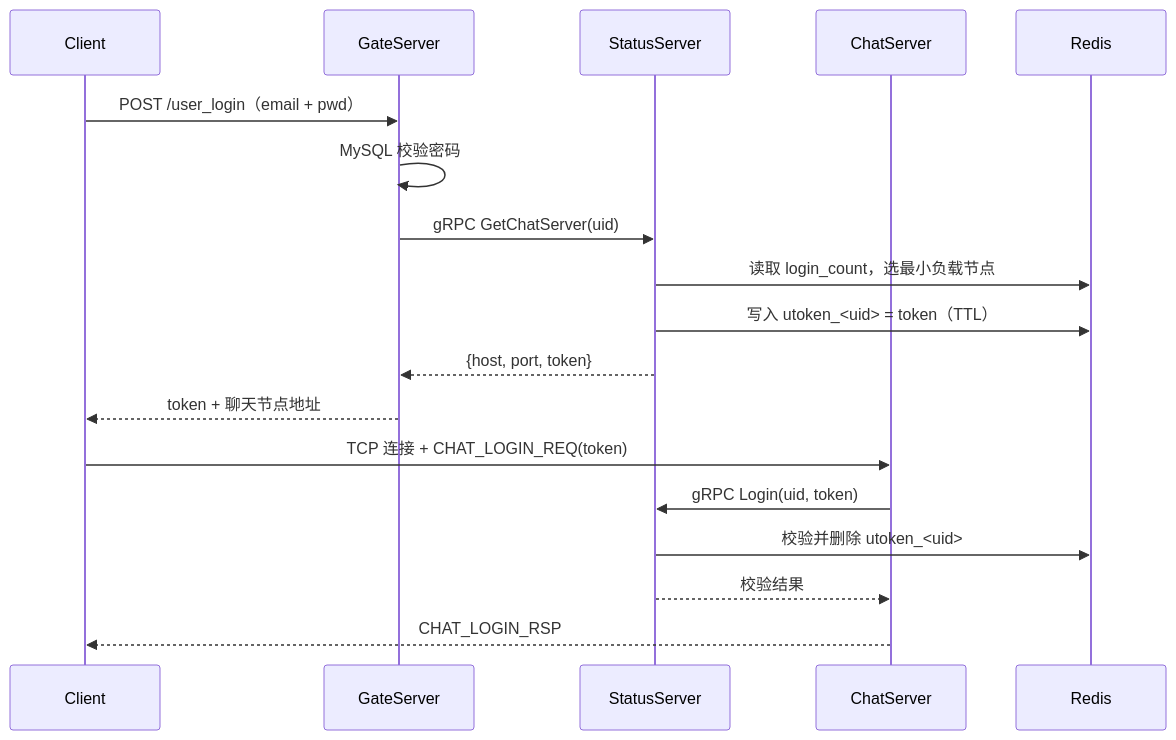
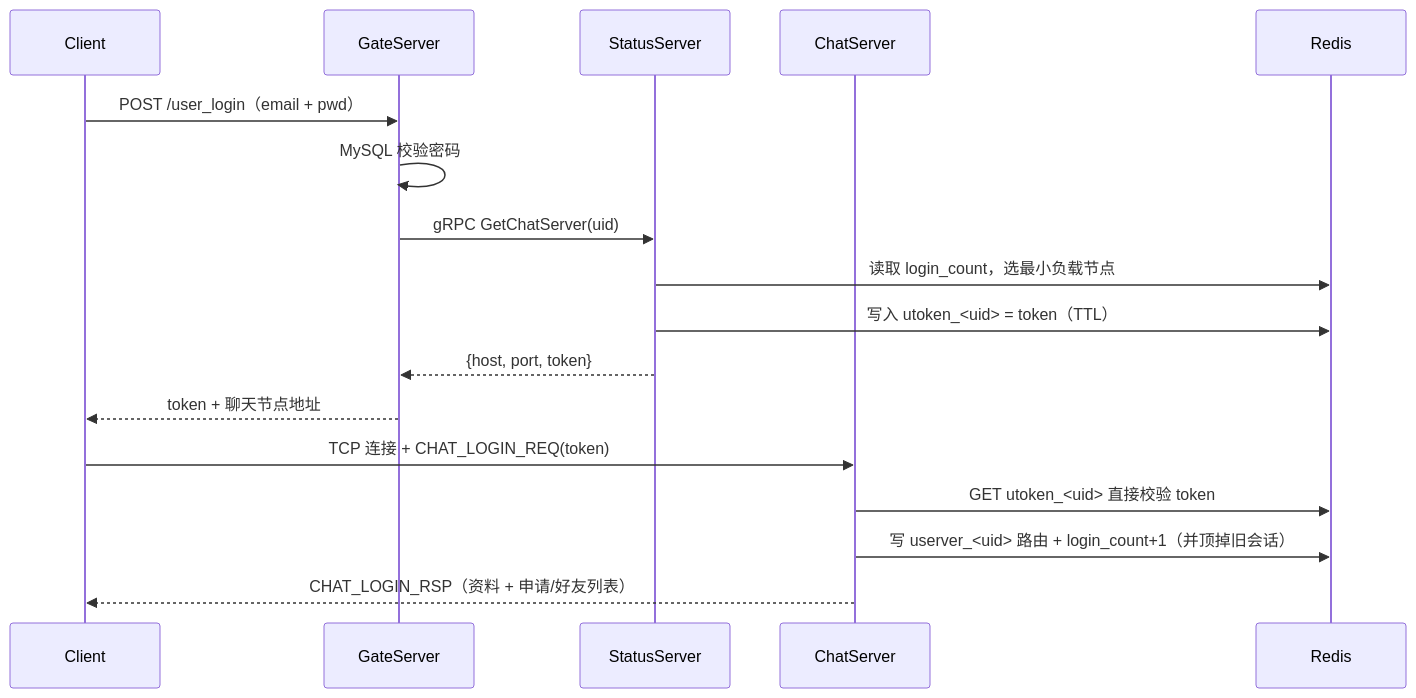
The second of 2 diagrams in README.md (codeT2001/MyChat), drawn with Mermaid before and after one commit. The commit also changed other lines of this file and 6 other files, not shown here.

````diff
--- a/README.md
+++ b/README.md
@@ -124,21 +136,20 @@
 ```mermaid
 sequenceDiagram
     participant C as Client
     participant G as GateServer
     participant S as StatusServer
     participant K as ChatServer
     participant R as Redis
 
     C->>G: POST /user_login（email + pwd）
     G->>G: MySQL 校验密码
     G->>S: gRPC GetChatServer(uid)
     S->>R: 读取 login_count，选最小负载节点
     S->>R: 写入 utoken_<uid> = token（TTL）
     S-->>G: {host, port, token}
     G-->>C: token + 聊天节点地址
     C->>K: TCP 连接 + CHAT_LOGIN_REQ(token)
-    K->>S: gRPC Login(uid, token)
-    S->>R: 校验并删除 utoken_<uid>
-    S-->>K: 校验结果
-    K-->>C: CHAT_LOGIN_RSP
+    K->>R: GET utoken_<uid> 直接校验 token
+    K->>R: 写 userver_<uid> 路由 + login_count+1（并顶掉旧会话）
+    K-->>C: CHAT_LOGIN_RSP（资料 + 申请/好友列表）
 ```
````
